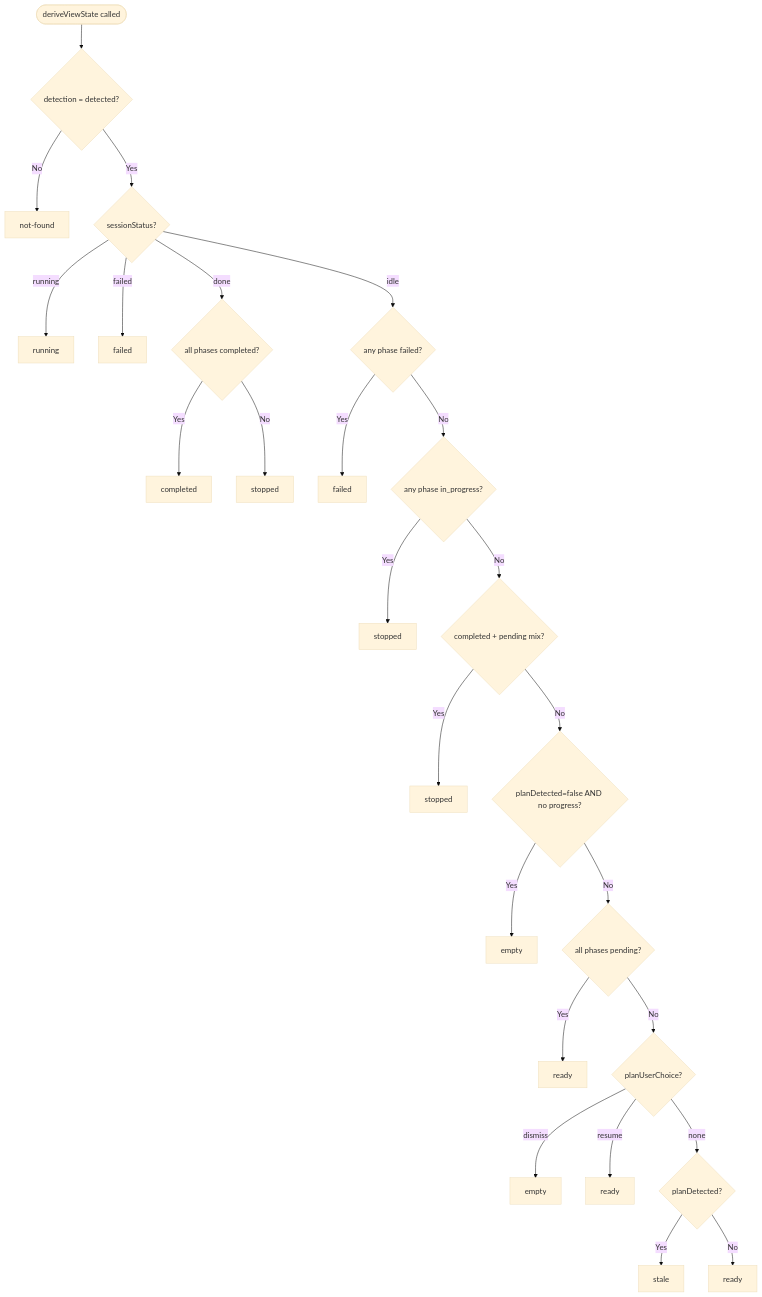
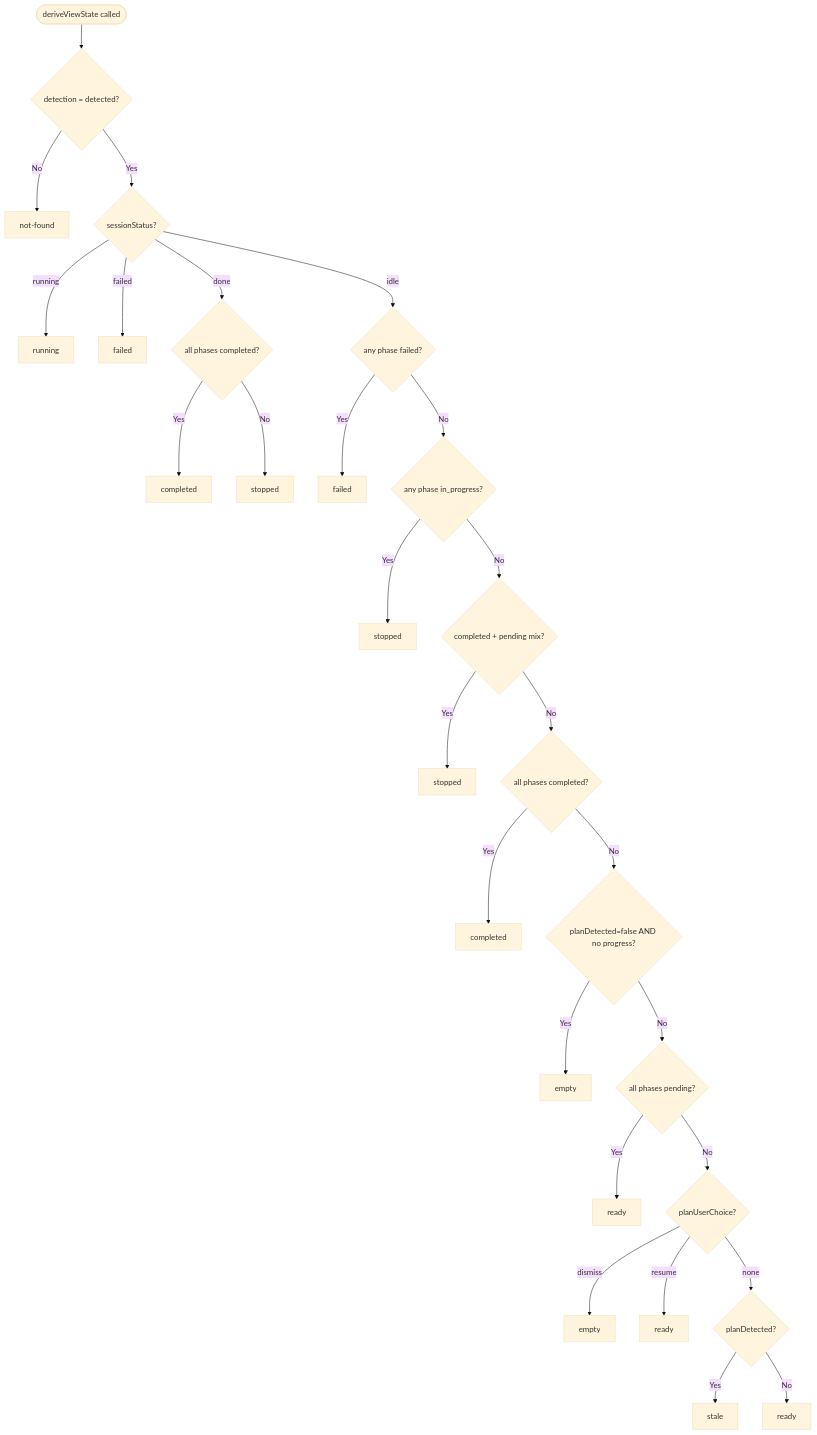
The second of 3 diagrams in docs/workflow/states.md (chmc/oxveil), drawn with Mermaid (base theme) before and after one commit. The commit also changed other lines of this file and 4 other files, not shown here.

First line of the commit message:
fix: handle orphan all-completed and failed→running transitions (#28)

````diff
--- a/docs/workflow/states.md
+++ b/docs/workflow/states.md
@@ -142,27 +145,29 @@
 ```mermaid
 flowchart TD
     Start([deriveViewState called]) --> D1{detection = detected?}
     D1 -- No --> NotFound[not-found]
     D1 -- Yes --> D2{sessionStatus?}
     D2 -- running --> Running[running]
     D2 -- failed --> Failed1[failed]
     D2 -- done --> D3{all phases completed?}
     D3 -- Yes --> Completed[completed]
     D3 -- No --> Stopped1[stopped]
     D2 -- idle --> D4{any phase failed?}
     D4 -- Yes --> Failed2[failed]
     D4 -- No --> D4b{any phase in_progress?}
     D4b -- Yes --> Stopped3[stopped]
     D4b -- No --> D5{completed + pending mix?}
     D5 -- Yes --> Stopped2[stopped]
-    D5 -- No --> D6{planDetected=false AND no progress?}
+    D5 -- No --> D5b{all phases completed?}
+    D5b -- Yes --> Completed2[completed]
+    D5b -- No --> D6{planDetected=false AND no progress?}
     D6 -- Yes --> Empty1[empty]
     D6 -- No --> D7{all phases pending?}
     D7 -- Yes --> Ready1[ready]
     D7 -- No --> D8{planUserChoice?}
     D8 -- dismiss --> Empty2[empty]
     D8 -- resume --> Ready2[ready]
     D8 -- none --> D9{planDetected?}
     D9 -- Yes --> Stale[stale]
     D9 -- No --> Ready3[ready]
 ```
````
